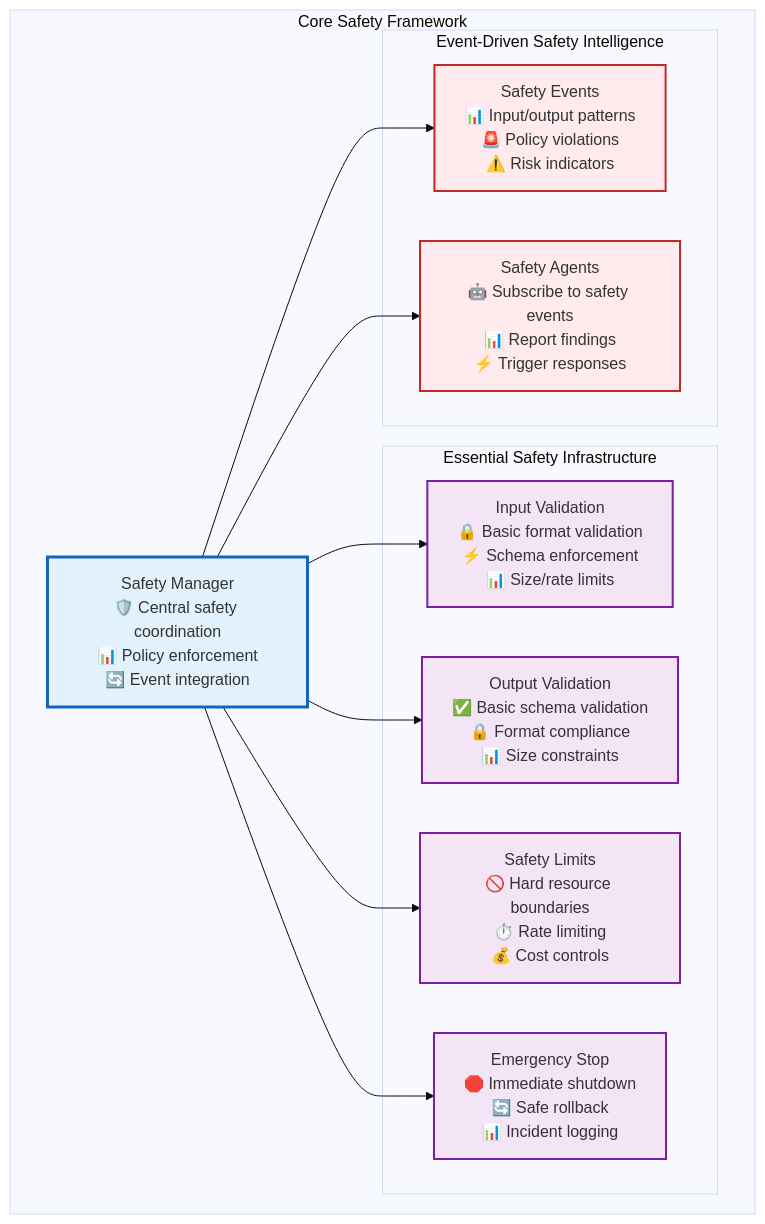
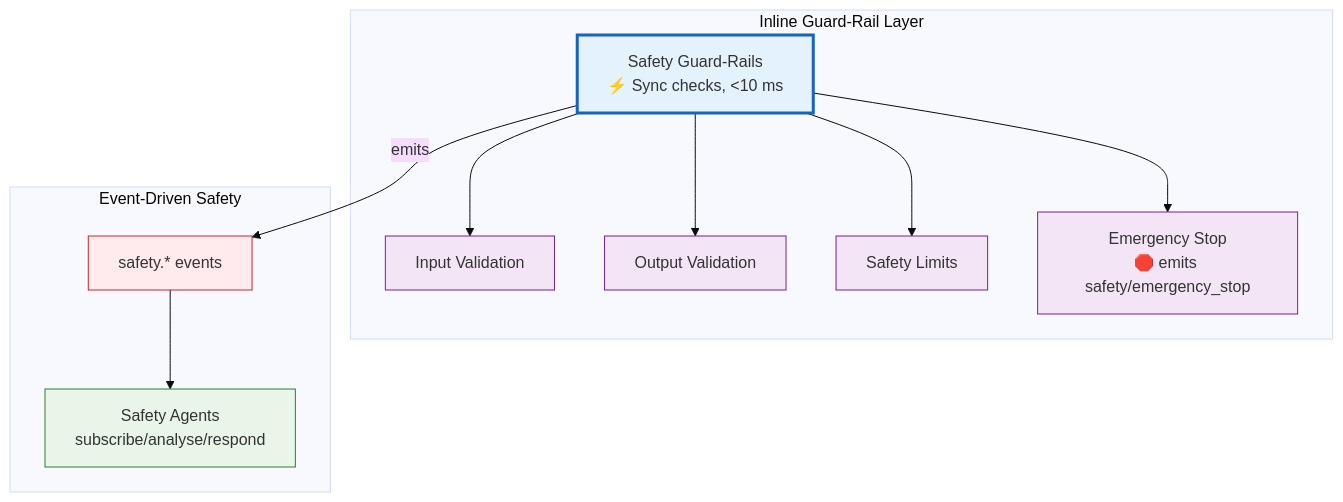
Before and after one commit to Vrooli/Vrooli: diagram 42 of 50 in docs/ai-execution-architecture.md, drawn with Mermaid (base theme). The commit also changed other lines of this file, not shown here.

Commit message:
Execution architecture p12

````diff
--- a/docs/ai-execution-architecture.md
+++ b/docs/ai-execution-architecture.md
@@ -3438,33 +3589,21 @@
 ```mermaid
 graph TB
-    subgraph "Core Safety Framework"
-        SafetyManager[Safety Manager<br/>🛡️ Central safety coordination<br/>📊 Policy enforcement<br/>🔄 Event integration]
-        
-        subgraph "Essential Safety Infrastructure"
-            InputValidation[Input Validation<br/>🔒 Basic format validation<br/>⚡ Schema enforcement<br/>📊 Size/rate limits]
-            OutputValidation[Output Validation<br/>✅ Basic schema validation<br/>🔒 Format compliance<br/>📊 Size constraints]
-            SafetyLimits[Safety Limits<br/>🚫 Hard resource boundaries<br/>⏱️ Rate limiting<br/>💰 Cost controls]
-            EmergencyStop[Emergency Stop<br/>🛑 Immediate shutdown<br/>🔄 Safe rollback<br/>📊 Incident logging]
-        end
-        
-        subgraph "Event-Driven Safety Intelligence"
-            SafetyEvents[Safety Events<br/>📊 Input/output patterns<br/>🚨 Policy violations<br/>⚠️ Risk indicators]
-            SafetyAgents[Safety Agents<br/>🤖 Subscribe to safety events<br/>📊 Report findings<br/>⚡ Trigger responses]
-        end
-    end
-    
-    SafetyManager --> InputValidation
-    SafetyManager --> OutputValidation
-    SafetyManager --> SafetyLimits
-    SafetyManager --> EmergencyStop
-    SafetyManager --> SafetyEvents
-    SafetyManager --> SafetyAgents
-    
-    classDef manager fill:#e3f2fd,stroke:#1565c0,stroke-width:3px
-    classDef infrastructure fill:#f3e5f5,stroke:#7b1fa2,stroke-width:2px
-    classDef events fill:#ffebee,stroke:#c62828,stroke-width:2px
-    
-    class SafetyManager manager
-    class InputValidation,OutputValidation,SafetyLimits,EmergencyStop infrastructure
-    class SafetyEvents,SafetyAgents events
+  subgraph "Inline Guard-Rail Layer"
+    Guard[Safety Guard-Rails<br/>⚡ Sync checks, <10 ms]:::guard
+    InputVal[Input Validation]:::infra
+    OutputVal[Output Validation]:::infra
+    Limits[Safety Limits]:::infra
+    EStop[Emergency Stop<br/>🛑 emits safety/emergency_stop]:::infra
+  end
+  subgraph "Event-Driven Safety"
+    SafetyEvents["safety.* events"]:::events
+    Agents[Safety Agents<br/>subscribe/analyse/respond]:::agents
+  end
+  Guard --> InputVal & OutputVal & Limits & EStop
+  Guard -- emits --> SafetyEvents
+  SafetyEvents --> Agents
+classDef guard fill:#e3f2fd,stroke:#1565c0,stroke-width:3px
+classDef infra fill:#f3e5f5,stroke:#7b1fa2
+classDef events fill:#ffebee,stroke:#c62828
+classDef agents fill:#e8f5e8,stroke:#2e7d32
 ```
````
